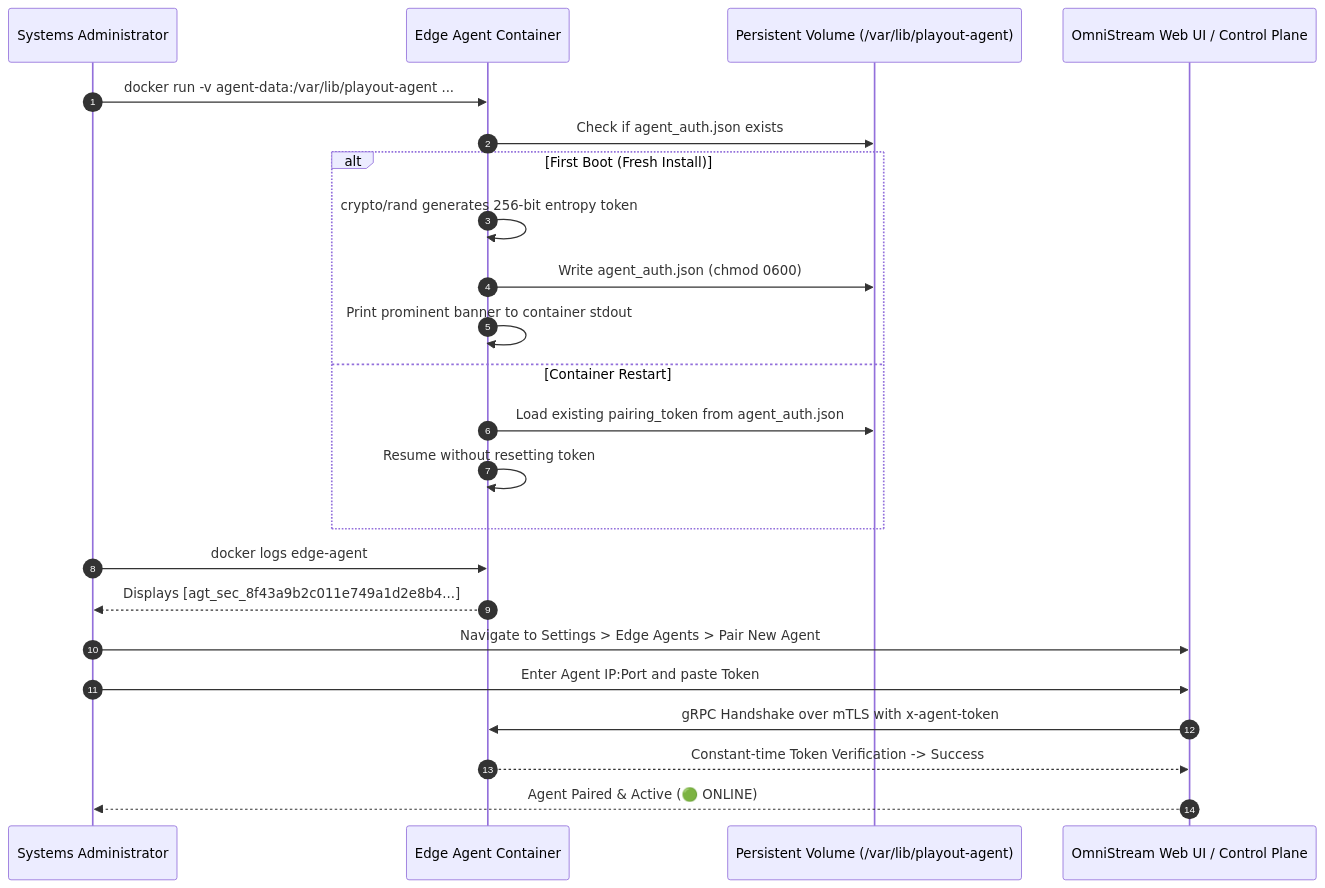
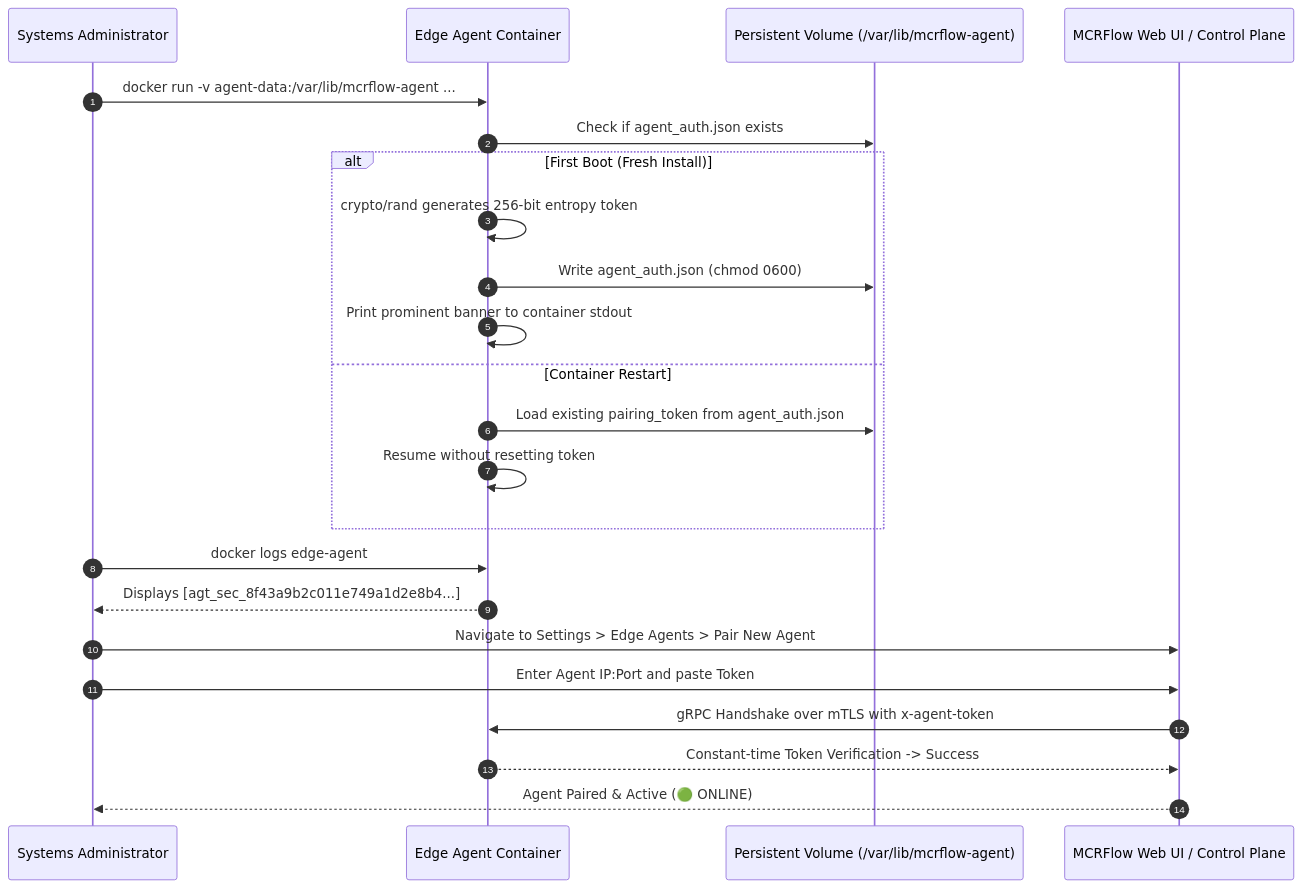
One commit to varmakarthik12/mcrflow changed the diagram in docs/05_DOCKER_AND_DEPLOYMENT_GUIDE.md. Above: the diagram before and after it, drawn with Mermaid. The commit also changed other lines of this file and 42 other files, not shown here.

Commit message:
feat(mcrflow): end-to-end implementation of MCRFlow broadcast playout system with resolution management, Go backend, edge agent token auth, unit and E2E tests, GoReleaser, and CI/CD

````diff
--- a/docs/05_DOCKER_AND_DEPLOYMENT_GUIDE.md
+++ b/docs/05_DOCKER_AND_DEPLOYMENT_GUIDE.md
@@ -24,26 +24,26 @@
 ```mermaid
 sequenceDiagram
     autonumber
     participant Admin as Systems Administrator
     participant Edge as Edge Agent Container
-    participant Disk as Persistent Volume (/var/lib/playout-agent)
-    participant CP as OmniStream Web UI / Control Plane
+    participant Disk as Persistent Volume (/var/lib/mcrflow-agent)
+    participant CP as MCRFlow Web UI / Control Plane
 
-    Admin->>Edge: docker run -v agent-data:/var/lib/playout-agent ...
+    Admin->>Edge: docker run -v agent-data:/var/lib/mcrflow-agent ...
     Edge->>Disk: Check if agent_auth.json exists
     alt First Boot (Fresh Install)
         Edge->>Edge: crypto/rand generates 256-bit entropy token
         Edge->>Disk: Write agent_auth.json (chmod 0600)
         Edge->>Edge: Print prominent banner to container stdout
     else Container Restart
         Edge->>Disk: Load existing pairing_token from agent_auth.json
         Edge->>Edge: Resume without resetting token
     end
     Admin->>Edge: docker logs edge-agent
     Edge-->>Admin: Displays [agt_sec_8f43a9b2c011e749a1d2e8b4...]
     Admin->>CP: Navigate to Settings > Edge Agents > Pair New Agent
     Admin->>CP: Enter Agent IP:Port and paste Token
     CP->>Edge: gRPC Handshake over mTLS with x-agent-token
     Edge-->>CP: Constant-time Token Verification -> Success
     CP-->>Admin: Agent Paired & Active (🟢 ONLINE)
 ```
````
